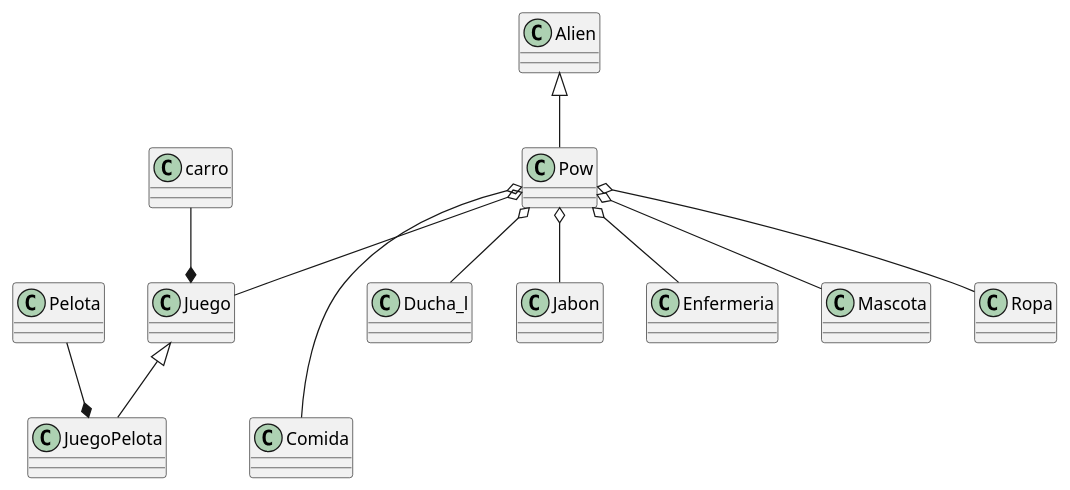
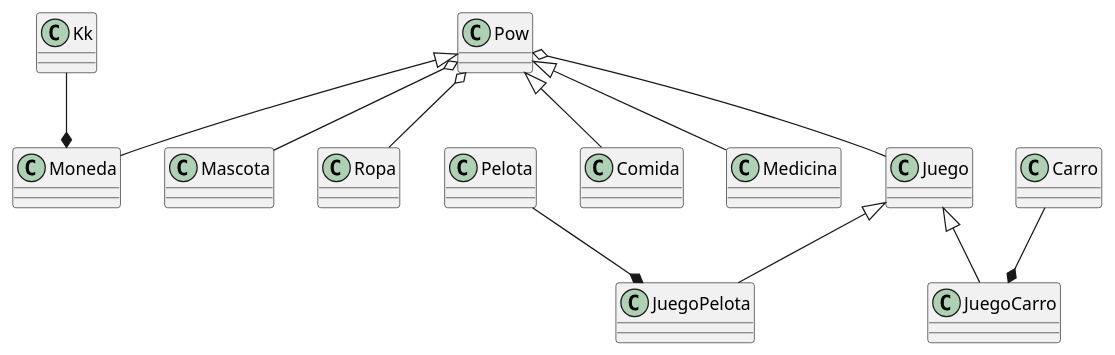
The diagram in docs/pow.puml (leofrancoceti/Hola-Mundo), drawn with PlantUML before and after one commit. The commit also changed 11 other files, not shown here.

```diff
--- a/docs/pow.puml
+++ b/docs/pow.puml
@@ -1,35 +1,35 @@
-@startuml pow
+@startuml pow 
 
-class Pow 
+class Pow
+class Moneda
 class Juego
 class JuegoPelota
+class JuegoCarro
 class Pelota
-class Alien
-class Comida 
-class Ducha_l 
-class Jabon 
-class Enfermeria 
-class carro 
-class Mascota 
-class Ropa 
+class Kk
+class Comida
+class Medicina
+class Carro
+class Mascota
+class Ropa
 
-Pow   o-- Juego 
+
+Pow o-- Juego
 Pow o-- Ropa
 Pow o-- Mascota
-Pow o-- Jabon
 
-Alien<|-- Pow 
-Juego<|--JuegoPelota
-Pelota--*JuegoPelota 
-Pow o-- Ducha_l
-Pow o-- Enfermeria
-Pow o--- Comida
-carro --*Juego
+
+Juego <|-- JuegoPelota
+Juego <|-- JuegoCarro
+Pow <|-- Medicina
+Pow <|-- Comida
+Pow <|-- Moneda
+
+Pelota --* JuegoPelota
+Carro --* JuegoCarro
+Kk --* Moneda
 
 
 
 
-
- 
- 
 @enduml
```
